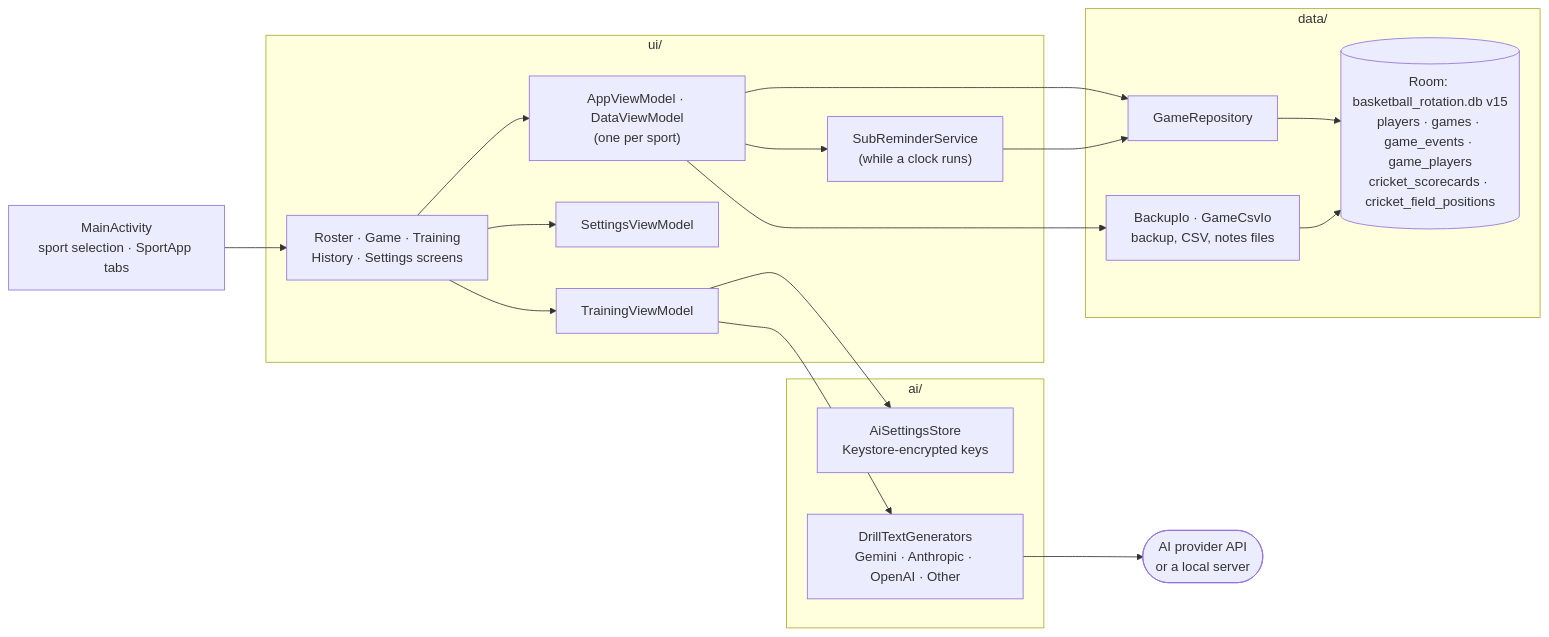
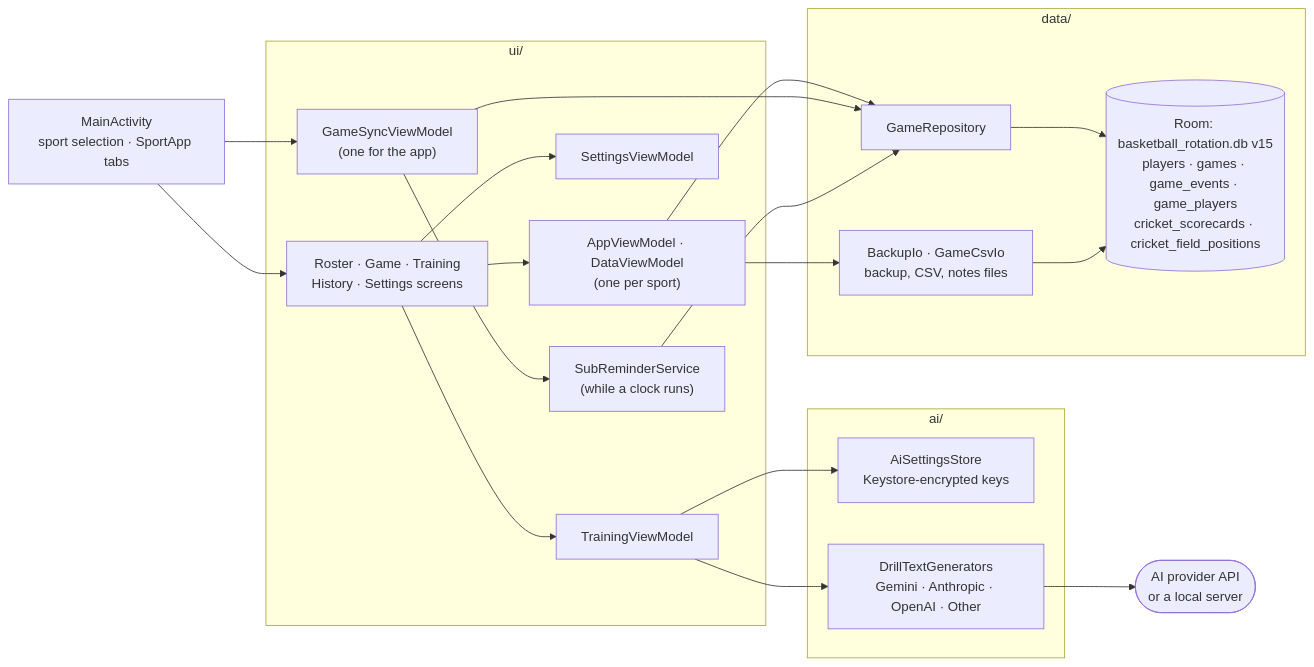
One commit to lukecarnold-jpg/Coaches-Assistant changed the diagram in STRUCTURE.md. Above: the diagram before and after it, drawn with Mermaid. The commit also changed other lines of this file and 6 other files, not shown here.

First line of the commit message:
Keep Game Day mode and notifications in step once for the app

````diff
--- a/STRUCTURE.md
+++ b/STRUCTURE.md
@@ -249,37 +251,40 @@
 ```mermaid
 flowchart LR
     MainActivity["MainActivity<br/>sport selection · SportApp tabs"]
 
     subgraph ui["ui/"]
         Screens["Roster · Game · Training<br/>History · Settings screens"]
         AppVM["AppViewModel · DataViewModel<br/>(one per sport)"]
         SettingsVM["SettingsViewModel"]
+        SyncVM["GameSyncViewModel<br/>(one for the app)"]
         TrainingVM["TrainingViewModel"]
         SubService["SubReminderService<br/>(while a clock runs)"]
     end
 
     subgraph data["data/"]
         Repo["GameRepository"]
         Files["BackupIo · GameCsvIo<br/>backup, CSV, notes files"]
         Room[("Room: basketball_rotation.db v15<br/>players · games · game_events · game_players<br/>cricket_scorecards · cricket_field_positions")]
     end
 
     subgraph ai["ai/"]
         Settings["AiSettingsStore<br/>Keystore-encrypted keys"]
         Generators["DrillTextGenerators<br/>Gemini · Anthropic · OpenAI · Other"]
     end
 
     MainActivity --> Screens
+    MainActivity --> SyncVM
     Screens --> AppVM
     Screens --> TrainingVM
     Screens --> SettingsVM
     AppVM --> Repo
     AppVM --> Files
-    AppVM --> SubService
+    SyncVM --> Repo
+    SyncVM --> SubService
     SubService --> Repo
     Repo --> Room
     Files --> Room
     TrainingVM --> Settings
     TrainingVM --> Generators
     Generators --> Providers(["AI provider API<br/>or a local server"])
 ```
````
